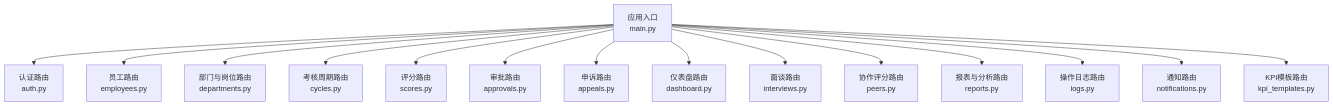
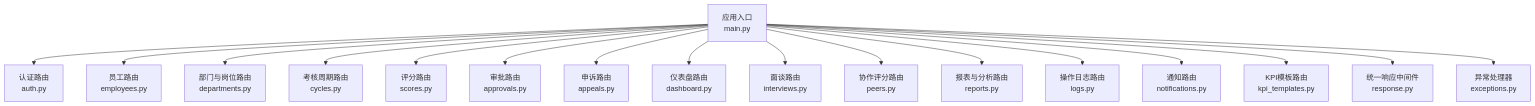
One commit to xgd561/performance_evaluation_system changed the first of 4 diagrams in .qoder/repowiki/zh/content/API参考文档/API参考文档.md. Above: the diagram before and after it, drawn with Mermaid. The commit also changed other lines of this file and 136 other files, not shown here.

````diff
--- a/.qoder/repowiki/zh/content/API参考文档/API参考文档.md
+++ b/.qoder/repowiki/zh/content/API参考文档/API参考文档.md
@@ -40,17 +51,19 @@
 ```mermaid
 graph TB
 A["应用入口<br/>main.py"] --> B["认证路由<br/>auth.py"]
 A --> C["员工路由<br/>employees.py"]
 A --> D["部门与岗位路由<br/>departments.py"]
 A --> E["考核周期路由<br/>cycles.py"]
 A --> F["评分路由<br/>scores.py"]
 A --> G["审批路由<br/>approvals.py"]
 A --> H["申诉路由<br/>appeals.py"]
 A --> I["仪表盘路由<br/>dashboard.py"]
 A --> J["面谈路由<br/>interviews.py"]
 A --> K["协作评分路由<br/>peers.py"]
 A --> L["报表与分析路由<br/>reports.py"]
 A --> M["操作日志路由<br/>logs.py"]
 A --> N["通知路由<br/>notifications.py"]
 A --> O["KPI模板路由<br/>kpi_templates.py"]
+A --> P["统一响应中间件<br/>response.py"]
+A --> Q["异常处理器<br/>exceptions.py"]
 ```
````
